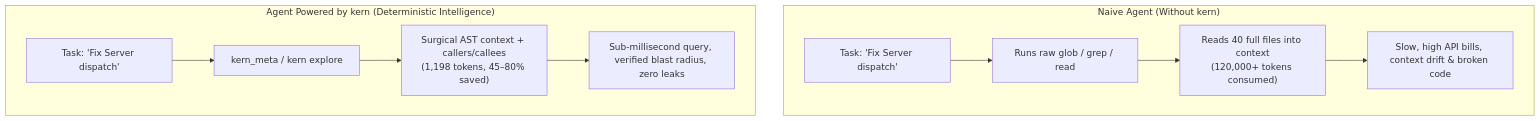
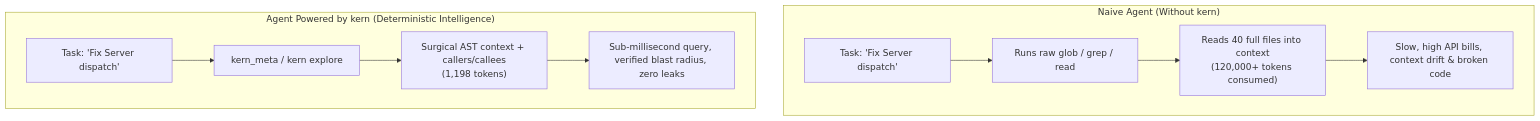
One commit to JayveerPrajapati/kern changed the first of 2 diagrams in README.md. Above: the diagram before and after it, drawn with Mermaid. The commit also changed other lines of this file and 10 other files, not shown here.

````diff
--- a/README.md
+++ b/README.md
@@ -49,14 +50,14 @@
 ```mermaid
 flowchart TD
     subgraph Standard_Agent["Naive Agent (Without kern)"]
         A1["Task: 'Fix Server dispatch'"] --> B1["Runs raw glob / grep / read"]
         B1 --> C1["Reads 40 full files into context<br/>(120,000+ tokens consumed)"]
         C1 --> D1["Slow, high API bills, context drift & broken code"]
     end
 
     subgraph Kern_Agent["Agent Powered by kern (Deterministic Intelligence)"]
         A2["Task: 'Fix Server dispatch'"] --> B2["kern_meta / kern explore"]
-        B2 --> C2["Surgical AST context + callers/callees<br/>(1,198 tokens, 45–80% saved)"]
+        B2 --> C2["Surgical AST context + callers/callees<br/>(1,198 tokens)"]
         C2 --> D2["Sub-millisecond query, verified blast radius, zero leaks"]
     end
 ```
````
